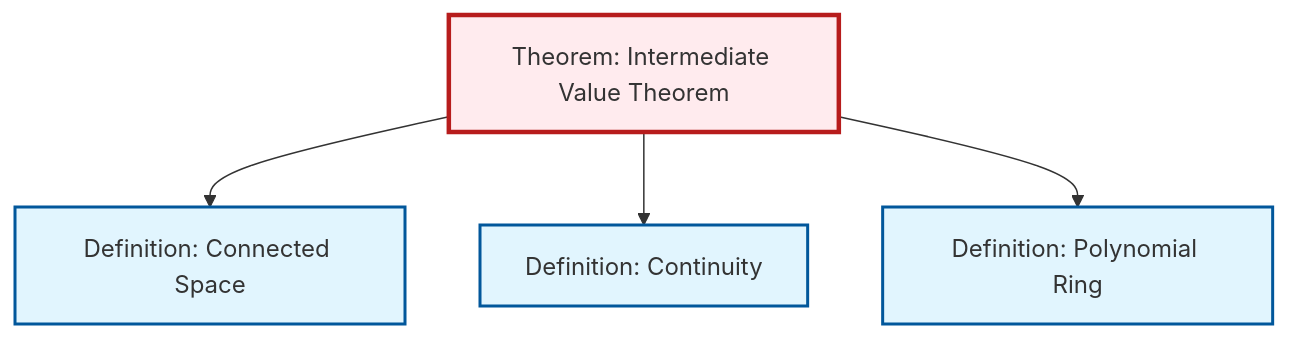
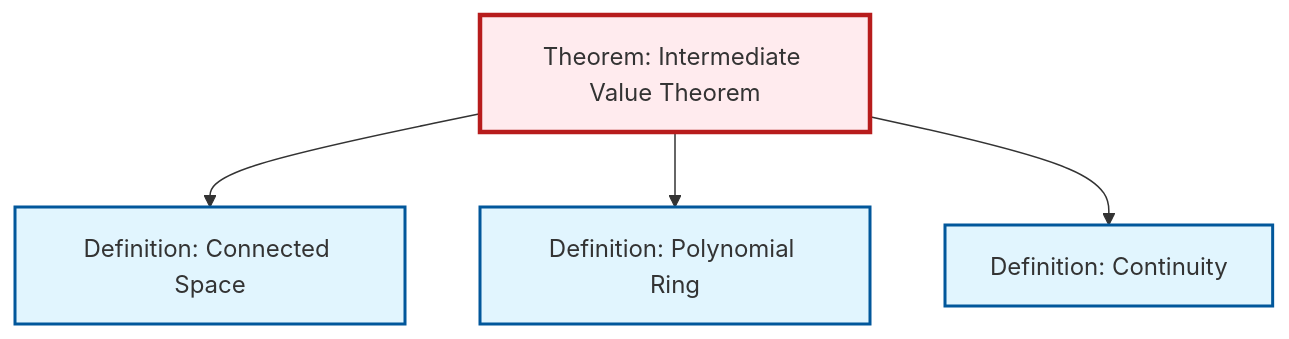
Before and after one commit to RK0429/ModernMath: the diagram in content/en/topology/thm-intermediate-value.qmd, drawn with Mermaid. The commit also changed other lines of this file and 654 other files, not shown here.

````diff
--- a/content/en/topology/thm-intermediate-value.qmd
+++ b/content/en/topology/thm-intermediate-value.qmd
@@ -51,20 +51,20 @@
 ```{mermaid}
 %%| fig-cap: "Local dependency graph"
 graph TD
     classDef definition fill:#e1f5fe,stroke:#01579b,stroke-width:2px
     classDef theorem fill:#f3e5f5,stroke:#4a148c,stroke-width:2px
     classDef axiom fill:#fff3e0,stroke:#e65100,stroke-width:2px
     classDef example fill:#e8f5e9,stroke:#1b5e20,stroke-width:2px
     classDef current fill:#ffebee,stroke:#b71c1c,stroke-width:3px
     thm-intermediate-value["Theorem: Intermediate Value Theorem"]:::theorem
+    def-connected["Definition: Connected Space"]:::definition
+    def-polynomial-ring["Definition: Polynomial Ring"]:::definition
     def-continuity["Definition: Continuity"]:::definition
-    def-polynomial-ring["Definition: Polynomial Ring"]:::definition
-    def-connected["Definition: Connected Space"]:::definition
     thm-intermediate-value --> def-connected
+    thm-intermediate-value --> def-polynomial-ring
     thm-intermediate-value --> def-continuity
-    thm-intermediate-value --> def-polynomial-ring
     class thm-intermediate-value current
+    click def-connected "def-connected.html" "Go to Connected Space definition"
+    click def-polynomial-ring "def-polynomial-ring.html" "Go to Polynomial Ring definition"
     click def-continuity "def-continuity.html" "Go to Continuity definition"
-    click def-polynomial-ring "def-polynomial-ring.html" "Go to Polynomial Ring definition"
-    click def-connected "def-connected.html" "Go to Connected Space definition"
 ```
````
